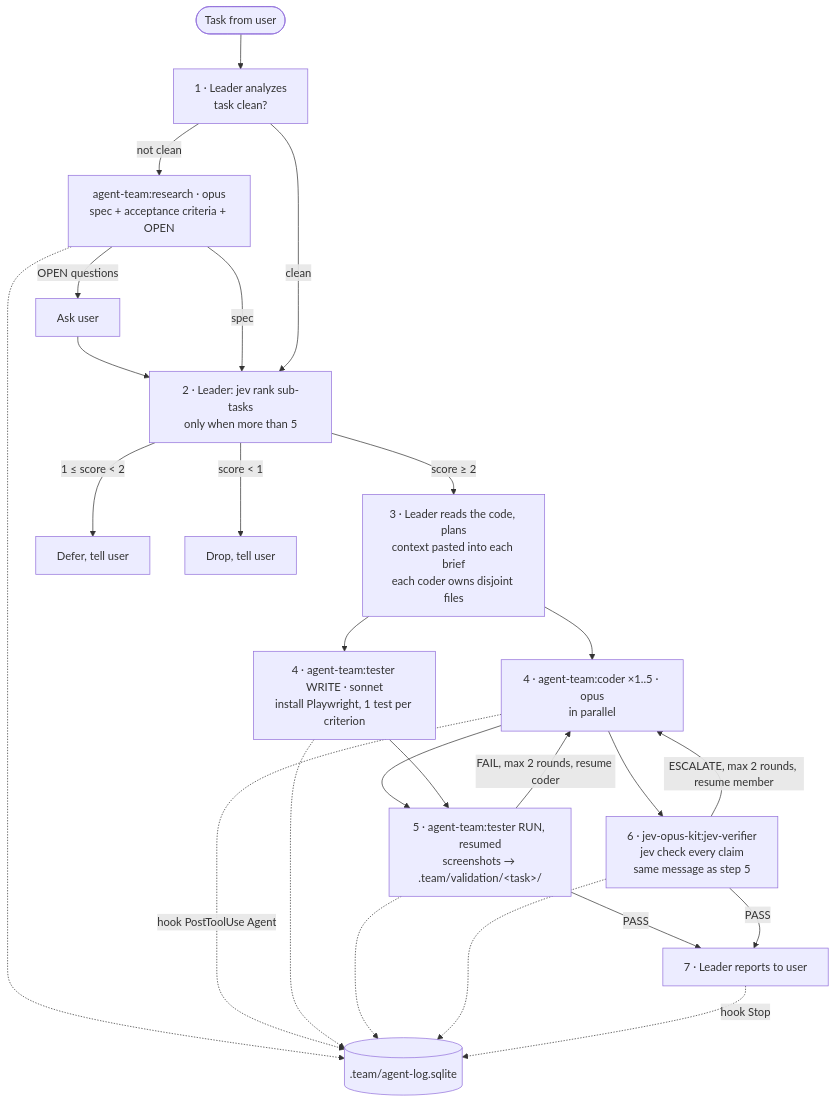
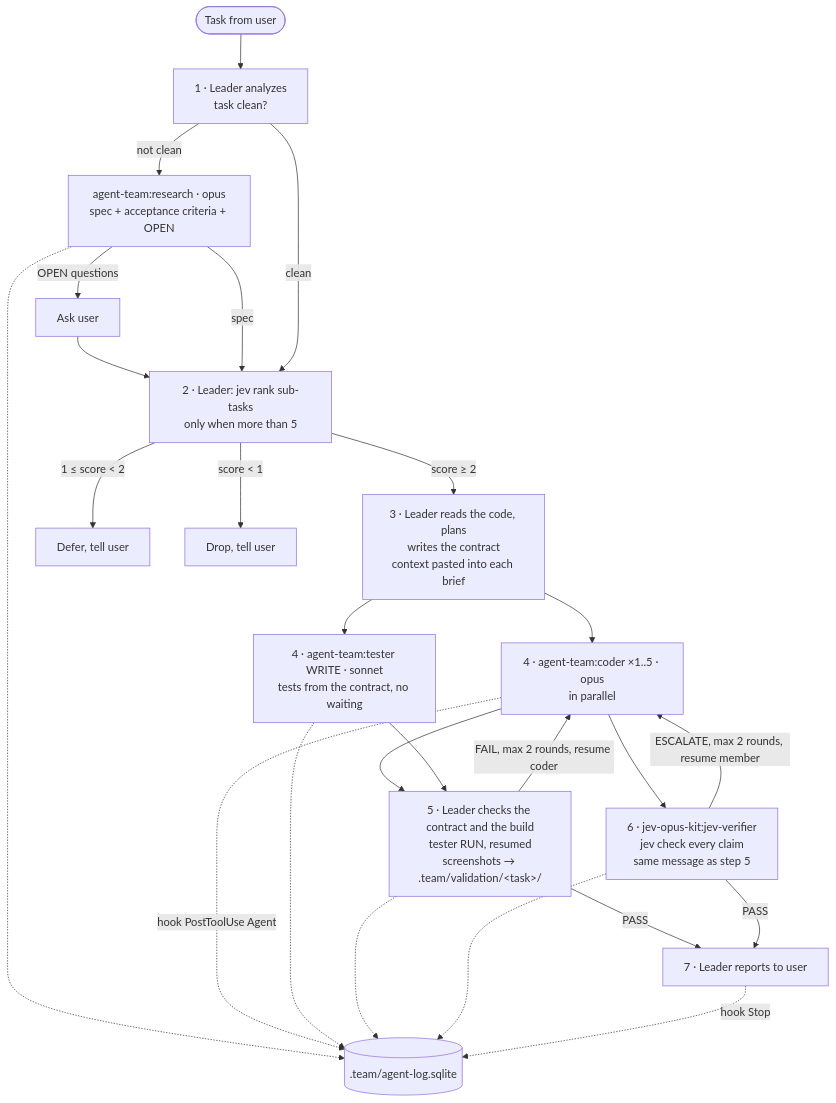
The diagram in docs/flow.md (vuduc0910/agent-team), drawn with Mermaid before and after one commit. The commit also changed other lines of this file and 19 other files, not shown here.

Commit message:
Leader owns the integration contract, tester writes from it in parallel, coders execute without exploring

````diff
--- a/docs/flow.md
+++ b/docs/flow.md
@@ -5,27 +5,27 @@
 ```mermaid
 flowchart TD
     U([Task from user]) --> A["1 · Leader analyzes<br/>task clean?"]
     A -- "not clean" --> RS["agent-team:research · opus<br/>spec + acceptance criteria + OPEN"]
     RS -- "OPEN questions" --> Q["Ask user"] --> R
     RS -- "spec" --> R
     A -- "clean" --> R["2 · Leader: jev rank sub-tasks<br/>only when more than 5"]
-    R -- "score ≥ 2" --> P["3 · Leader reads the code, plans<br/>context pasted into each brief<br/>each coder owns disjoint files"]
+    R -- "score ≥ 2" --> P["3 · Leader reads the code, plans<br/>writes the contract<br/>context pasted into each brief"]
     R -- "1 ≤ score &lt; 2" --> D1["Defer, tell user"]
     R -- "score &lt; 1" --> D2["Drop, tell user"]
     P --> C["4 · agent-team:coder ×1..5 · opus<br/>in parallel"]
-    P --> TW["4 · agent-team:tester WRITE · sonnet<br/>install Playwright, 1 test per criterion"]
+    P --> TW["4 · agent-team:tester WRITE · sonnet<br/>tests from the contract, no waiting"]
     C --> TR
-    TW --> TR["5 · agent-team:tester RUN, resumed<br/>screenshots → .team/validation/&lt;task&gt;/"]
+    TW --> TR["5 · Leader checks the contract and the build<br/>tester RUN, resumed<br/>screenshots → .team/validation/&lt;task&gt;/"]
     C --> V["6 · jev-opus-kit:jev-verifier<br/>jev check every claim<br/>same message as step 5"]
     TR -- "FAIL, max 2 rounds, resume coder" --> C
     V -- "ESCALATE, max 2 rounds, resume member" --> C
     TR -- "PASS" --> F["7 · Leader reports to user"]
     V -- "PASS" --> F
     DB[(".team/agent-log.sqlite")]
     RS -.-> DB
     C -. "hook PostToolUse Agent" .-> DB
     TW -.-> DB
     TR -.-> DB
     V -.-> DB
     F -. "hook Stop" .-> DB
 ```
````
